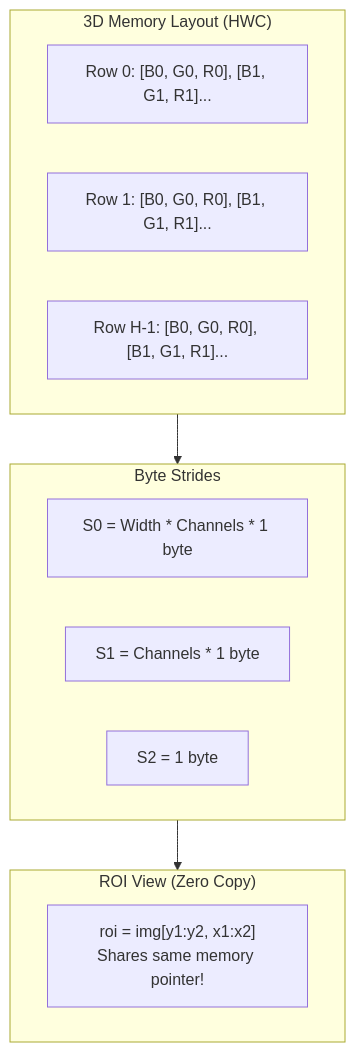
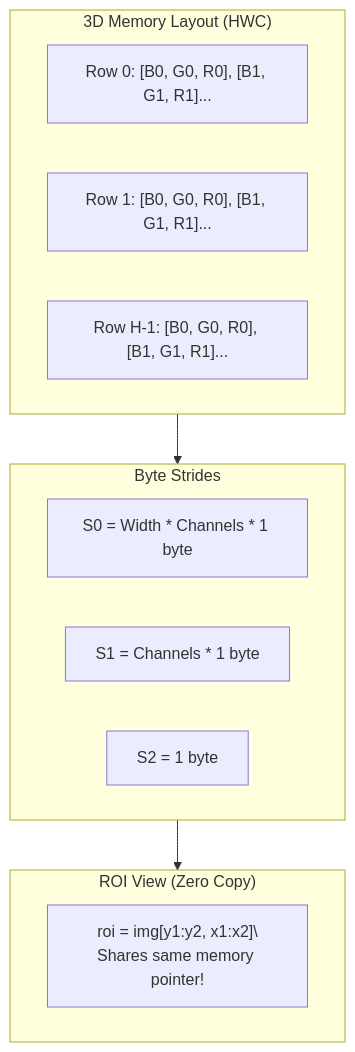
The second of 6 diagrams in docs/opencv/part1_fundamentals.md (jashu-16/cv_learning), drawn with Mermaid before and after one commit. The commit also changed other lines of this file and 24 other files, not shown here.

````diff
--- a/docs/opencv/part1_fundamentals.md
+++ b/docs/opencv/part1_fundamentals.md
@@ -385,17 +426,17 @@
 ```mermaid
 flowchart TD
     subgraph MemoryBuffer ["3D Memory Layout (HWC)"]
         P0["Row 0: [B0, G0, R0], [B1, G1, R1]..."]
         P1["Row 1: [B0, G0, R0], [B1, G1, R1]..."]
         P2["Row H-1: [B0, G0, R0], [B1, G1, R1]..."]
     end
     subgraph Strides ["Byte Strides"]
         S0["S0 = Width * Channels * 1 byte"]
         S1["S1 = Channels * 1 byte"]
         S2["S2 = 1 byte"]
     end
     subgraph Slicing ["ROI View (Zero Copy)"]
-        ROI["roi = img[y1:y2, x1:x2]\nShares same memory pointer!"]
+        ROI["roi = img[y1:y2, x1:x2]\\nShares same memory pointer!"]
     end
     MemoryBuffer --> Strides --> Slicing
 ```
````
